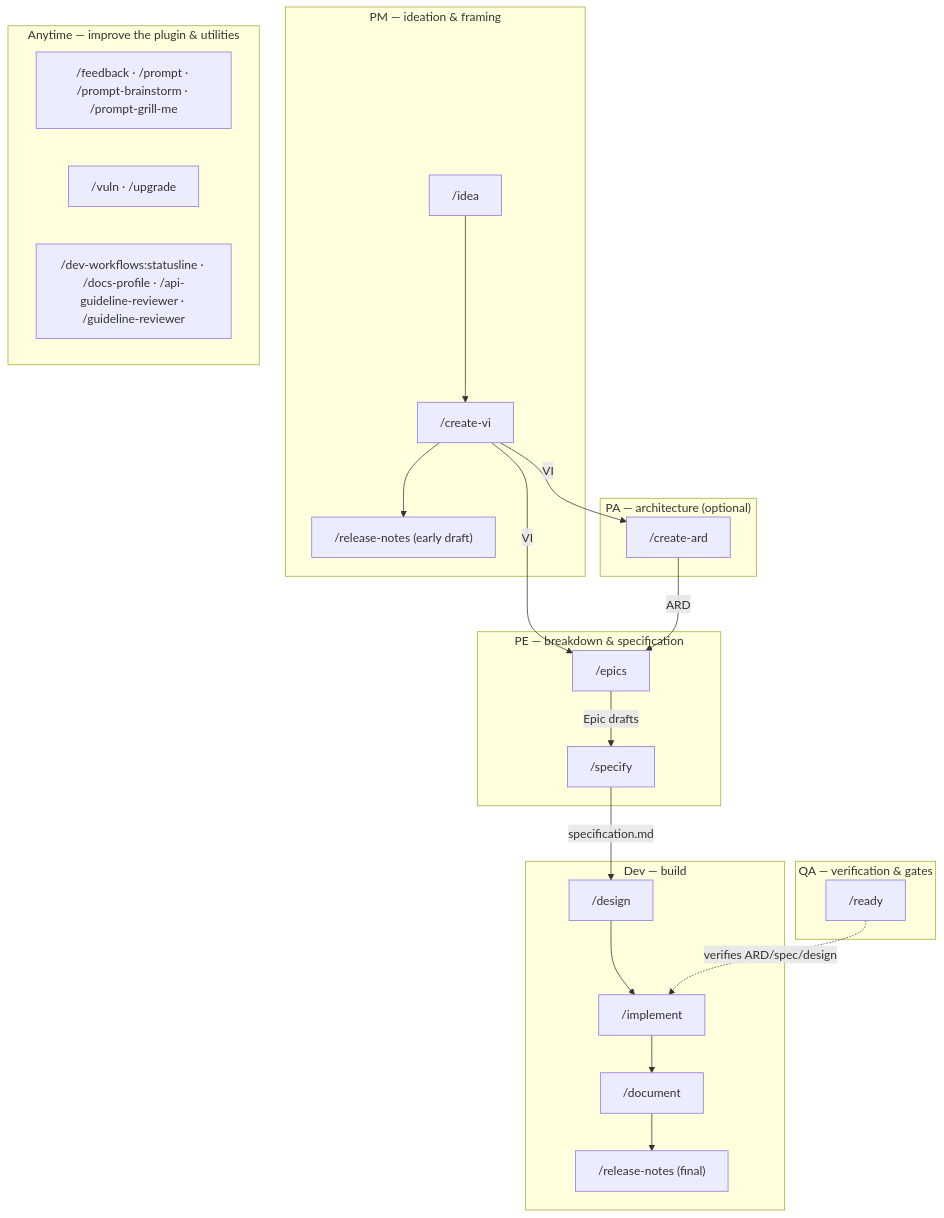
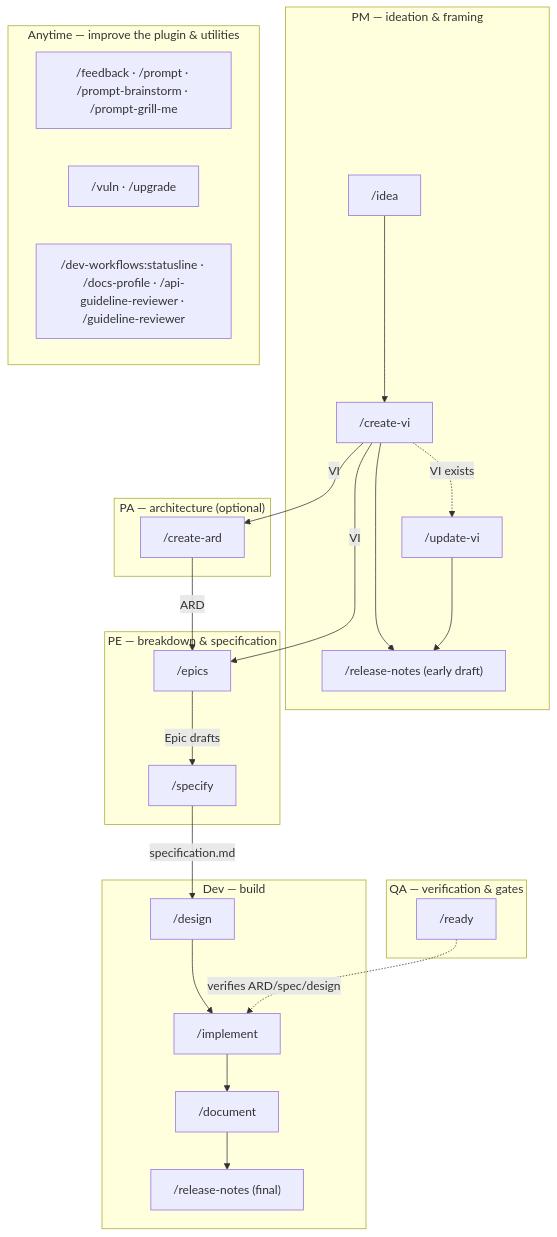
The first of 2 diagrams in plugins/dev-workflows/README.md (ihudak/ihudak-claude-plugins), drawn with Mermaid before and after one commit. The commit also changed 1 other file, not shown here.

Commit message:
docs(dev-workflows): statusline cites rule 6; /update-vi joins the diagram
statusline.md's collision note predates rule 6 and read as a one-off
exception. It now cites the general rule and keeps the specifics.

The README mermaid PM subgraph gained /update-vi, which the role table
directly beneath it has always listed.

````diff
--- a/plugins/dev-workflows/README.md
+++ b/plugins/dev-workflows/README.md
@@ -51,34 +51,36 @@
 ```mermaid
 flowchart TD
     subgraph PM["PM — ideation & framing"]
         idea["/idea"] --> createvi["/create-vi"]
         createvi --> rnpm["/release-notes (early draft)"]
+        createvi -.->|VI exists| updatevi["/update-vi"]
+        updatevi --> rnpm
     end
     subgraph PA["PA — architecture (optional)"]
         createard["/create-ard"]
     end
     subgraph PE["PE — breakdown & specification"]
         epics["/epics"]
         specify["/specify"]
     end
     subgraph DEV["Dev — build"]
         design["/design"] --> implement["/implement"]
         implement --> document["/document"]
         document --> rndev["/release-notes (final)"]
     end
     subgraph QA["QA — verification & gates"]
         ready["/ready"]
     end
     subgraph ANY["Anytime — improve the plugin & utilities"]
         improve["/feedback · /prompt · /prompt-brainstorm · /prompt-grill-me"]
         maint["/vuln · /upgrade"]
         tooling["/dev-workflows:statusline · /docs-profile · /api-guideline-reviewer · /guideline-reviewer"]
     end
 
     createvi -->|VI| createard
     createvi -->|VI| epics
     createard -->|ARD| epics
     epics -->|Epic drafts| specify
     specify -->|specification.md| design
     ready -. verifies ARD/spec/design .-> implement
 ```
````
